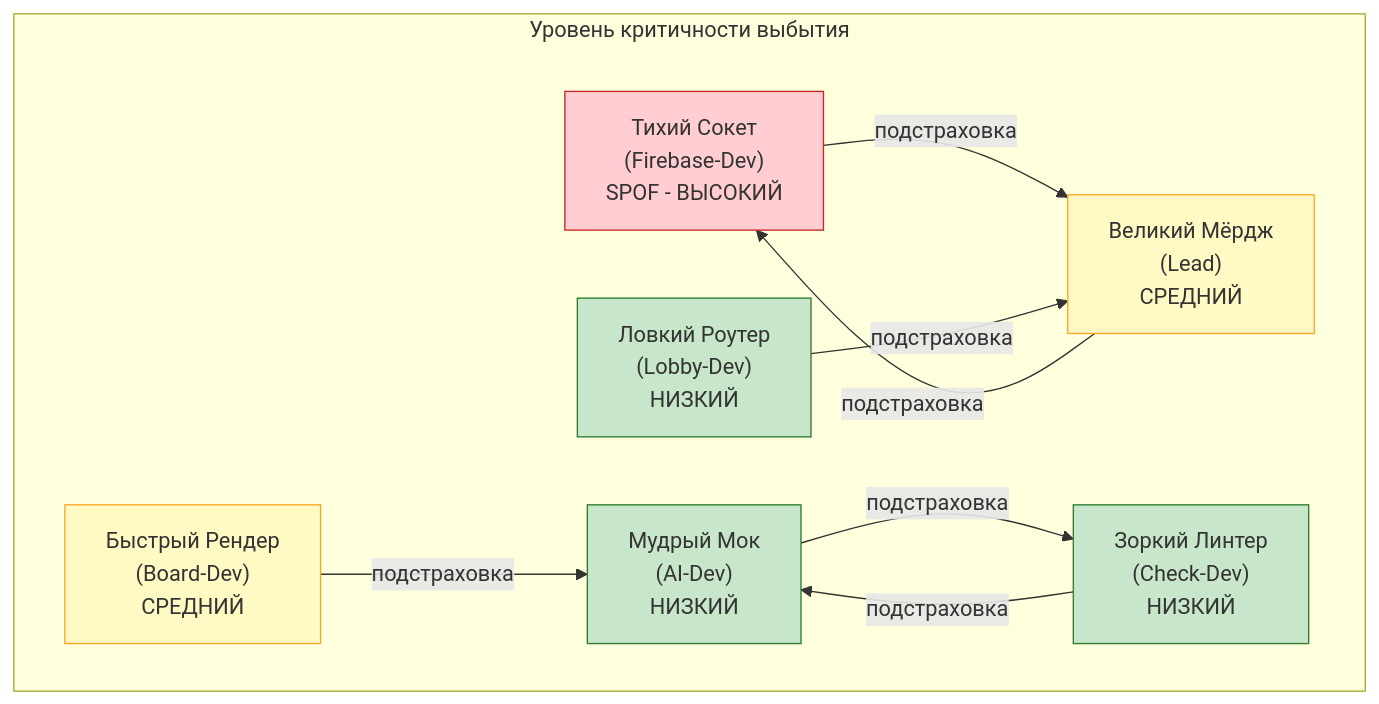
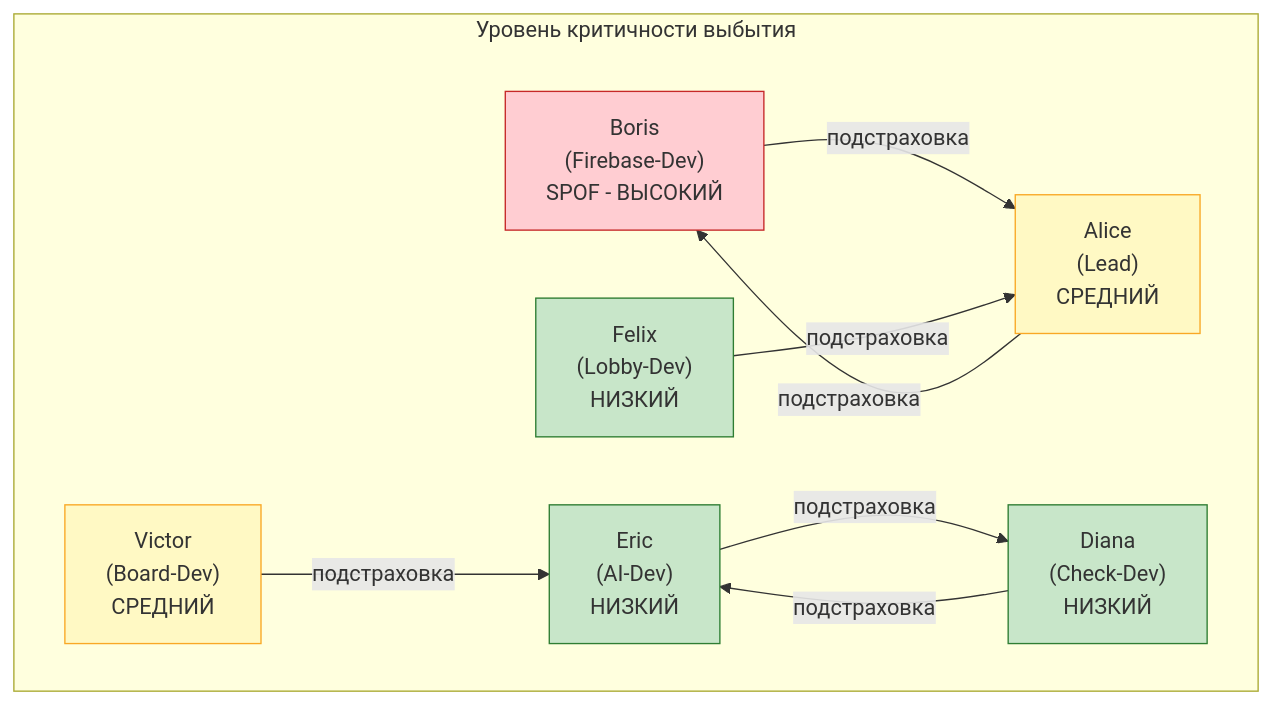
One commit to rolling-scopes-school/tasks changed the first of 5 diagrams in stage2/tasks/rs-tandem/examples/02-codenames-game/variant-b/risks-and-mitigations.md. Above: the diagram before and after it, drawn with Mermaid. The commit also changed other lines of this file and 25 other files, not shown here.

````diff
--- a/stage2/tasks/rs-tandem/examples/02-codenames-game/variant-b/risks-and-mitigations.md
+++ b/stage2/tasks/rs-tandem/examples/02-codenames-game/variant-b/risks-and-mitigations.md
@@ -43,25 +43,25 @@
 ```mermaid
 graph TB
     subgraph Критичность["Уровень критичности выбытия"]
-        TS["Тихий Сокет<br/>(Firebase-Dev)<br/>SPOF - ВЫСОКИЙ"]
-        VM["Великий Мёрдж<br/>(Lead)<br/>СРЕДНИЙ"]
-        BR["Быстрый Рендер<br/>(Board-Dev)<br/>СРЕДНИЙ"]
-        ZL["Зоркий Линтер<br/>(Check-Dev)<br/>НИЗКИЙ"]
-        MM["Мудрый Мок<br/>(AI-Dev)<br/>НИЗКИЙ"]
-        LR["Ловкий Роутер<br/>(Lobby-Dev)<br/>НИЗКИЙ"]
+        TS["Boris<br/>(Firebase-Dev)<br/>SPOF - ВЫСОКИЙ"]
+        VM["Alice<br/>(Lead)<br/>СРЕДНИЙ"]
+        BR["Victor<br/>(Board-Dev)<br/>СРЕДНИЙ"]
+        ZL["Diana<br/>(Check-Dev)<br/>НИЗКИЙ"]
+        MM["Eric<br/>(AI-Dev)<br/>НИЗКИЙ"]
+        LR["Felix<br/>(Lobby-Dev)<br/>НИЗКИЙ"]
     end
 
     TS -->|"подстраховка"| VM
     VM -->|"подстраховка"| TS
     BR -->|"подстраховка"| MM
     ZL -->|"подстраховка"| MM
     MM -->|"подстраховка"| ZL
     LR -->|"подстраховка"| VM
 
     style TS fill:#ffcdd2,stroke:#c62828
     style VM fill:#fff9c4,stroke:#f9a825
     style BR fill:#fff9c4,stroke:#f9a825
     style ZL fill:#c8e6c9,stroke:#2e7d32
     style MM fill:#c8e6c9,stroke:#2e7d32
     style LR fill:#c8e6c9,stroke:#2e7d32
 ```
````
